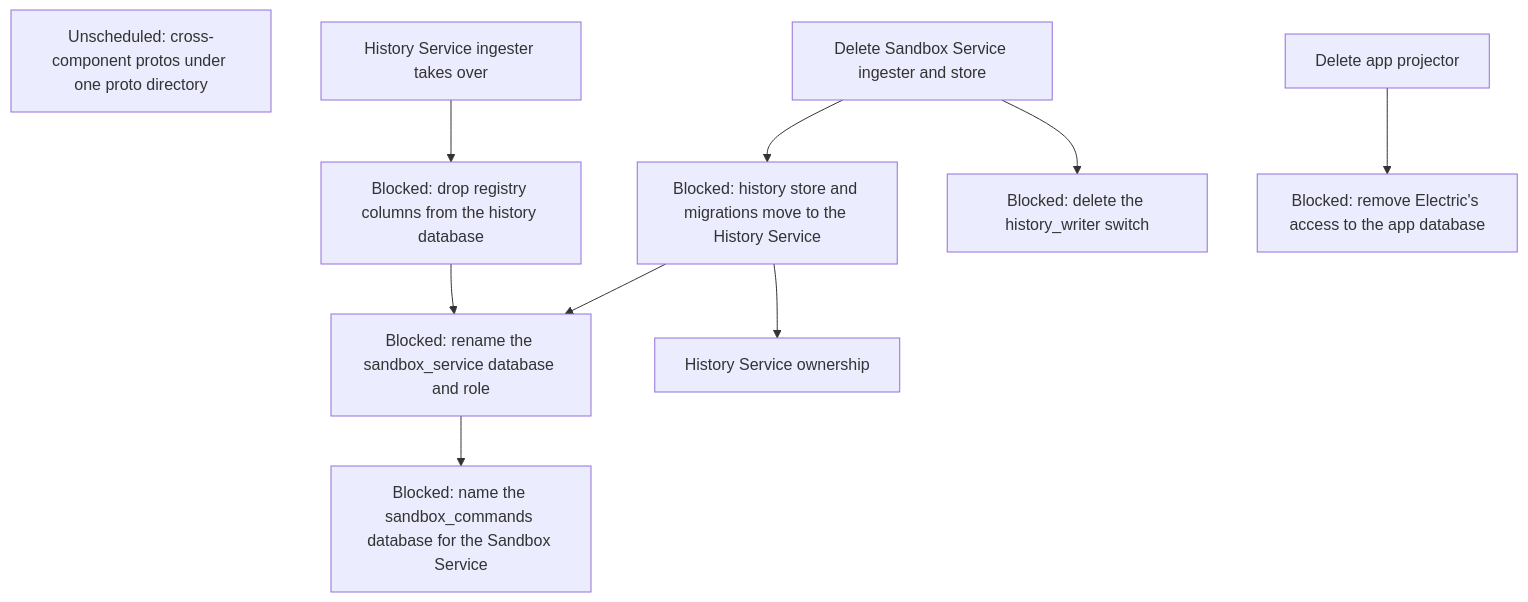
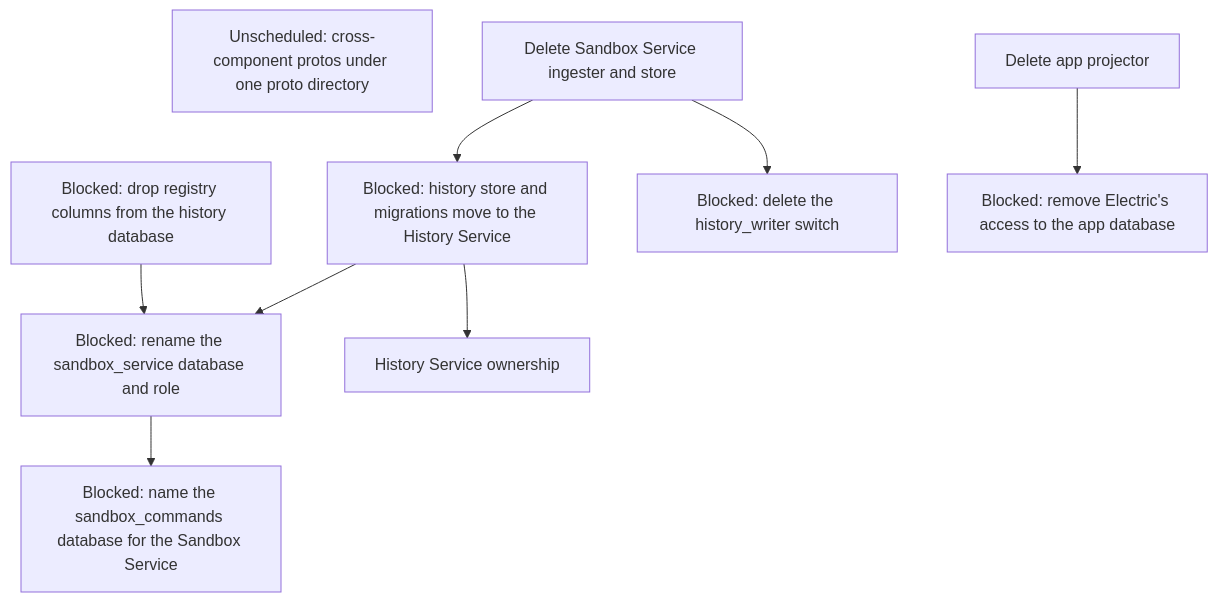
Before and after one commit to agentydragon-agent/ducktape: the tenth of 11 diagrams in agentplane/plans/task_dag.md, drawn with Mermaid. The commit also changed other lines of this file and 2 other files, not shown here.

First line of the commit message:
agentplane: staging History Service takes over history writes (#9842)

````diff
--- a/agentplane/plans/task_dag.md
+++ b/agentplane/plans/task_dag.md
@@ -803,22 +792,20 @@
 ```mermaid
 flowchart TD
     HISTORY_SESSION_COLUMNS_DROP[Blocked: drop registry columns from the history database]
     HISTORY_STORE_MOVE[Blocked: history store and migrations move to the History Service]
     HISTORY_WRITER_SWITCH_RETIRE[Blocked: delete the history_writer switch]
     HISTORY_DATABASE_RENAME[Blocked: rename the sandbox_service database and role]
     SANDBOX_DATABASE_RENAME[Blocked: name the sandbox_commands database for the Sandbox Service]
     APP_ELECTRIC_RETIRE[Blocked: remove Electric's access to the app database]
     PROTO_DIRECTORY[Unscheduled: cross-component protos under one proto directory]
-    HISTORY_WRITE_HANDOFF[History Service ingester takes over]
     SANDBOX_LOCAL_HISTORY_RETIRE[Delete Sandbox Service ingester and store]
     APP_PROJECTOR_RETIRE[Delete app projector]
     HISTORY_SERVICE_OWNERSHIP[History Service ownership]
-    HISTORY_WRITE_HANDOFF --> HISTORY_SESSION_COLUMNS_DROP
     SANDBOX_LOCAL_HISTORY_RETIRE --> HISTORY_STORE_MOVE
     SANDBOX_LOCAL_HISTORY_RETIRE --> HISTORY_WRITER_SWITCH_RETIRE
     HISTORY_STORE_MOVE --> HISTORY_SERVICE_OWNERSHIP
     HISTORY_STORE_MOVE --> HISTORY_DATABASE_RENAME
     HISTORY_SESSION_COLUMNS_DROP --> HISTORY_DATABASE_RENAME
     HISTORY_DATABASE_RENAME --> SANDBOX_DATABASE_RENAME
     APP_PROJECTOR_RETIRE --> APP_ELECTRIC_RETIRE
 ```
````
